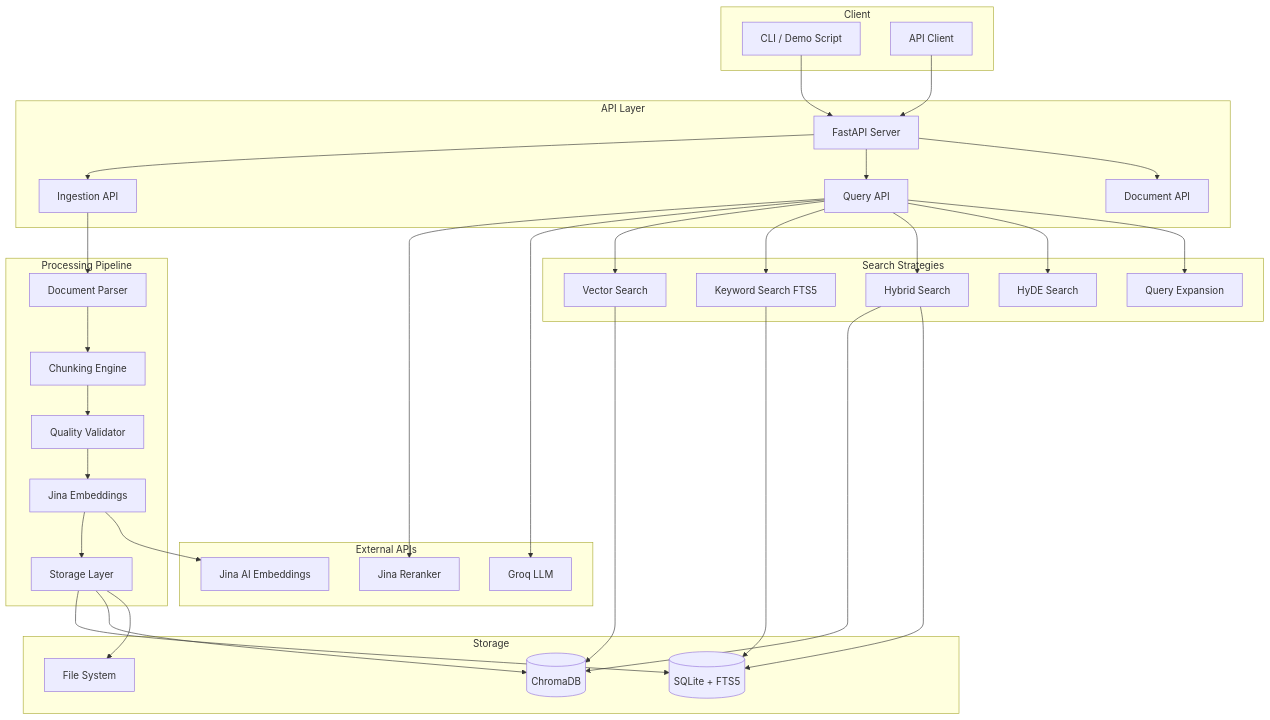
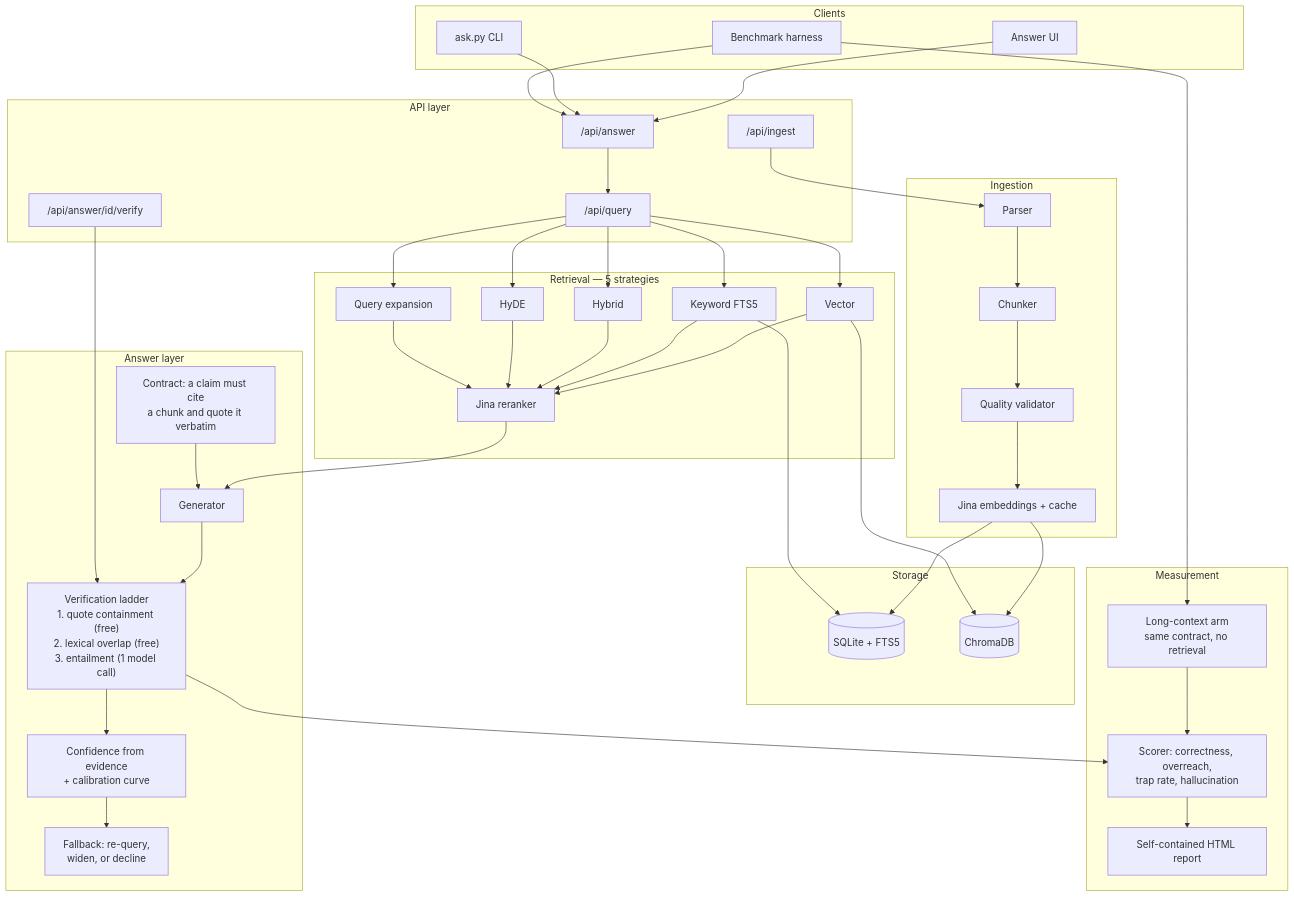
Before and after one commit to Emart29/ragwell: the diagram in README.md, drawn with Mermaid. The commit also changed other lines of this file and 1 other file, not shown here.

First line of the commit message:
Correct the README's key requirements, architecture and quick start

````diff
--- a/README.md
+++ b/README.md
@@ -152,72 +160,72 @@
 ```mermaid
 graph TB
-    subgraph Client
-        CLI[CLI / Demo Script]
-        API_CLIENT[API Client]
+    subgraph Clients
+        UI[Answer UI]
+        ASK[ask.py CLI]
+        BENCH[Benchmark harness]
     end
 
-    subgraph API Layer
-        FAST[FastAPI Server]
-        INGEST[Ingestion API]
-        QUERY[Query API]
-        DOCS[Document API]
+    subgraph API["API layer"]
+        ANSWER["/api/answer"]
+        VERIFY["/api/answer/id/verify"]
+        QUERY["/api/query"]
+        INGEST["/api/ingest"]
     end
 
-    subgraph Processing Pipeline
-        PARSE[Document Parser]
-        CHUNK[Chunking Engine]
-        VALID[Quality Validator]
-        EMBED[Jina Embeddings]
-        STORE[Storage Layer]
+    subgraph Ingestion
+        PARSE[Parser] --> CHUNK[Chunker]
+        CHUNK --> VALID[Quality validator]
+        VALID --> EMBED[Jina embeddings + cache]
+    end
+
+    subgraph Retrieval["Retrieval — 5 strategies"]
+        VEC[Vector]
+        KEY[Keyword FTS5]
+        HYB[Hybrid]
+        HYDE[HyDE]
+        EXP[Query expansion]
+        RERANK[Jina reranker]
+    end
+
+    subgraph Answer["Answer layer"]
+        CONTRACT["Contract: a claim must cite<br/>a chunk and quote it verbatim"]
+        GEN[Generator]
+        LADDER["Verification ladder<br/>1. quote containment (free)<br/>2. lexical overlap (free)<br/>3. entailment (1 model call)"]
+        CONF["Confidence from evidence<br/>+ calibration curve"]
+        FALLBACK["Fallback: re-query,<br/>widen, or decline"]
     end
 
     subgraph Storage
         SQLITE[(SQLite + FTS5)]
         CHROMA[(ChromaDB)]
-        FS[File System]
     end
 
-    subgraph External APIs
-        JINA[Jina AI Embeddings]
-        JINA_R[Jina Reranker]
-        GROQ[Groq LLM]
+    subgraph Measurement
+        LONGCTX["Long-context arm<br/>same contract, no retrieval"]
+        SCORE["Scorer: correctness, overreach,<br/>trap rate, hallucination"]
+        REPORT[Self-contained HTML report]
     end
 
-    subgraph Search Strategies
-        VEC[Vector Search]
-        KEY[Keyword Search FTS5]
-        HYB[Hybrid Search]
-        HYP[HyDE Search]
-        EXP[Query Expansion]
-    end
-
-    CLI --> FAST
-    API_CLIENT --> FAST
-    FAST --> INGEST
-    FAST --> QUERY
-    FAST --> DOCS
+    UI --> ANSWER
+    ASK --> ANSWER
+    BENCH --> ANSWER
+    BENCH --> LONGCTX
+    ANSWER --> QUERY
+    QUERY --> VEC & KEY & HYB & HYDE & EXP
+    VEC & KEY & HYB & HYDE & EXP --> RERANK
+    RERANK --> GEN
+    CONTRACT --> GEN
+    GEN --> LADDER
+    LADDER --> CONF
+    CONF --> FALLBACK
+    VERIFY --> LADDER
 
     INGEST --> PARSE
-    PARSE --> CHUNK
-    CHUNK --> VALID
-    VALID --> EMBED
-    EMBED --> STORE
-    STORE --> SQLITE
-    STORE --> CHROMA
-    STORE --> FS
-
-    EMBED --> JINA
-    QUERY --> JINA_R
-    QUERY --> GROQ
-
-    QUERY --> VEC
-    QUERY --> KEY
-    QUERY --> HYB
-    QUERY --> HYP
-    QUERY --> EXP
-
+    EMBED --> SQLITE & CHROMA
     VEC --> CHROMA
     KEY --> SQLITE
-    HYB --> CHROMA
-    HYB --> SQLITE
+
+    LONGCTX --> SCORE
+    LADDER --> SCORE
+    SCORE --> REPORT
 ```
````
